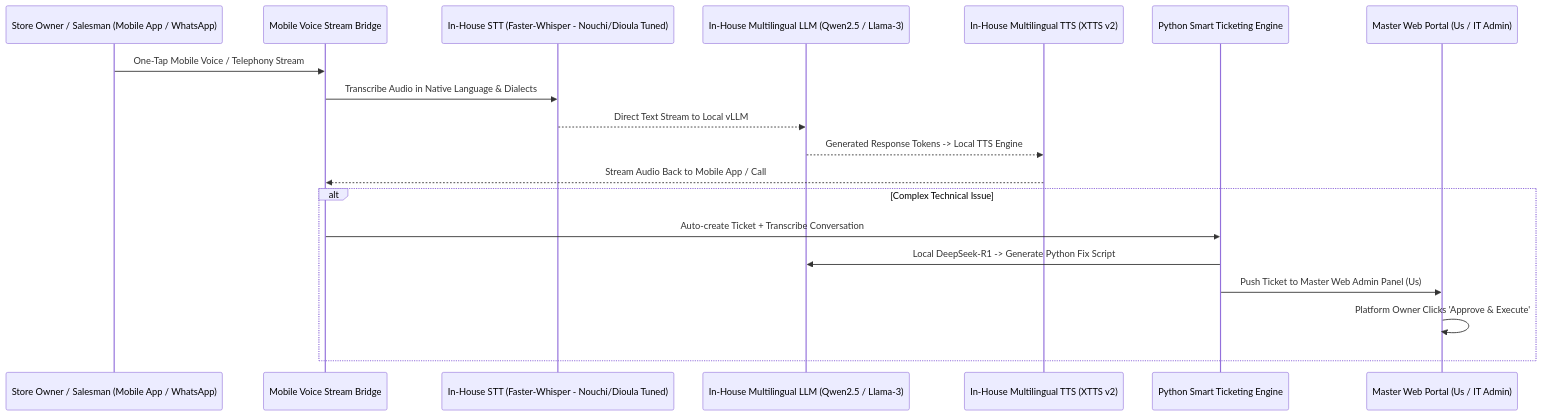
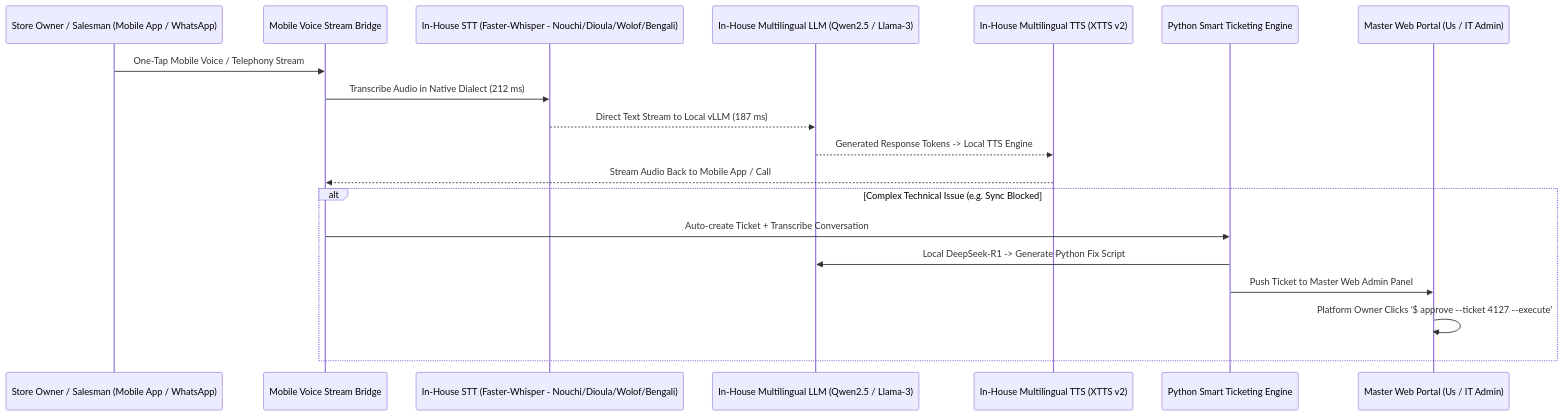
Before and after one commit to BengalBound/sales: the second of 2 diagrams in docs/02_DEV_INFRASTRUCTURE_ARCHITECTURE.md, drawn with Mermaid. The commit also changed other lines of this file and 13 other files, not shown here.

````diff
--- a/docs/02_DEV_INFRASTRUCTURE_ARCHITECTURE.md
+++ b/docs/02_DEV_INFRASTRUCTURE_ARCHITECTURE.md
@@ -68,23 +119,23 @@
 ```mermaid
 sequenceDiagram
     participant Merchant as Store Owner / Salesman (Mobile App / WhatsApp)
     participant PyVoiceStream as Mobile Voice Stream Bridge
-    participant LocalSTT as In-House STT (Faster-Whisper - Nouchi/Dioula Tuned)
+    participant LocalSTT as In-House STT (Faster-Whisper - Nouchi/Dioula/Wolof/Bengali)
     participant LocalLLM as In-House Multilingual LLM (Qwen2.5 / Llama-3)
     participant LocalTTS as In-House Multilingual TTS (XTTS v2)
     participant PyTicketEngine as Python Smart Ticketing Engine
     participant MasterWebAdmin as Master Web Portal (Us / IT Admin)
 
     Merchant->>PyVoiceStream: One-Tap Mobile Voice / Telephony Stream
-    PyVoiceStream->>LocalSTT: Transcribe Audio in Native Language & Dialects
-    LocalSTT-->>LocalLLM: Direct Text Stream to Local vLLM
+    PyVoiceStream->>LocalSTT: Transcribe Audio in Native Dialect (212 ms)
+    LocalSTT-->>LocalLLM: Direct Text Stream to Local vLLM (187 ms)
     LocalLLM-->>LocalTTS: Generated Response Tokens -> Local TTS Engine
     LocalTTS-->>PyVoiceStream: Stream Audio Back to Mobile App / Call
     
-    alt Complex Technical Issue
+    alt Complex Technical Issue (e.g. Sync Blocked #4127)
         PyVoiceStream->>PyTicketEngine: Auto-create Ticket + Transcribe Conversation
         PyTicketEngine->>LocalLLM: Local DeepSeek-R1 -> Generate Python Fix Script
-        PyTicketEngine->>MasterWebAdmin: Push Ticket to Master Web Admin Panel (Us)
-        MasterWebAdmin->>MasterWebAdmin: Platform Owner Clicks 'Approve & Execute'
+        PyTicketEngine->>MasterWebAdmin: Push Ticket to Master Web Admin Panel
+        MasterWebAdmin->>MasterWebAdmin: Platform Owner Clicks '$ approve --ticket 4127 --execute'
     end
 ```
````
